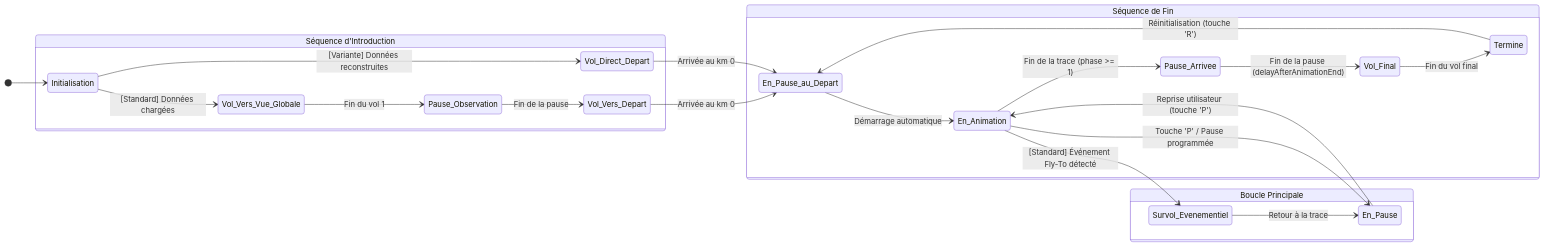
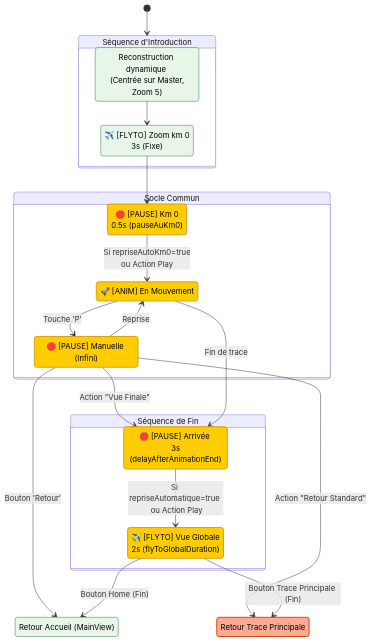
One commit to JMBaubet/VisuGPS changed the second of 2 diagrams in documentation/animation_automate.md. Above: the diagram before and after it, drawn with Mermaid. The commit also changed other lines of this file and 8 other files, not shown here.

````diff
--- a/documentation/animation_automate.md
+++ b/documentation/animation_automate.md
@@ -7,32 +68,48 @@
 ```mermaid
 stateDiagram-v2
-    direction LR
-    [*] --> Initialisation
+    classDef common fill:#ffcc00,stroke:#d4a017,stroke-width:2px,color:black;
+    classDef variant fill:#e8f5e9,stroke:#2e7d32,color:black;
+    classDef bridge fill:#ffab91,stroke:#d84315,stroke-width:2px,color:black;
 
-    state "Séquence d'Introduction" as Intro {
-        direction TB
-        Initialisation --> Vol_Vers_Vue_Globale: [Standard] Données chargées
-        Vol_Vers_Vue_Globale --> Pause_Observation: Fin du vol 1
-        Pause_Observation --> Vol_Vers_Depart: Fin de la pause
-        Vol_Vers_Depart --> En_Pause_au_Depart: Arrivée au km 0
-
-        Initialisation --> Vol_Direct_Depart: [Variante] Données reconstruites
-        Vol_Direct_Depart --> En_Pause_au_Depart: Arrivée au km 0
+    state "Séquence d'Introduction" as IntroVAR {
+        Init_VAR: Reconstruction dynamique <br/> (Centrée sur Master, Zoom 5)
+        Vol_Direct: ✈️ [FLYTO] Zoom km 0 <br/> 3s (Fixe)
+        
+        Init_VAR --> Vol_Direct
     }
 
-    state "Boucle Principale" as MainLoop {
-        direction TB
-        En_Pause_au_Depart --> En_Animation: Démarrage automatique
-        En_Animation --> En_Pause: Touche 'P' / Pause programmée
-        En_Pause --> En_Animation: Reprise utilisateur (touche 'P')
-        En_Animation --> Survol_Evenementiel: [Standard] Événement Fly-To détecté
-        Survol_Evenementiel --> En_Pause: Retour à la trace
+    state "Socle Commun" as CommonVAR {
+        Km0_V: 🛑 [PAUSE] Km 0 <br/> 0.5s (pauseAuKm0)
+        Anim_V: 🚀 [ANIM] En Mouvement
+        Pause_V: 🛑 [PAUSE] Manuelle (Infini)
+        
+        Km0_V --> Anim_V: Si repriseAutoKm0=true <br/> ou Action Play
+        Anim_V --> Pause_V: Touche 'P'
+        Pause_V --> Anim_V: Reprise
+        Pause_V --> Arrivee_V: Action "Vue Finale"
     }
 
-    state "Séquence de Fin" as EndSequence {
-        En_Animation --> Pause_Arrivee: Fin de la trace (phase >= 1)
-        Pause_Arrivee --> Vol_Final: Fin de la pause (delayAfterAnimationEnd)
-        Vol_Final --> Termine: Fin du vol final
-        Termine --> En_Pause_au_Depart: Réinitialisation (touche 'R')
+    state "Séquence de Fin" as EndVAR {
+        Arrivee_V: 🛑 [PAUSE] Arrivée <br/> 3s (delayAfterAnimationEnd)
+        Vol_Final_V: ✈️ [FLYTO] Vue Globale <br/> 2s (flyToGlobalDuration)
+        
+        Arrivee_V --> Vol_Final_V: Si repriseAutomatique=true <br/> ou Action Play
     }
+
+    GoHome_V: Retour Accueil (MainView)
+    ToStandard: Retour Trace Principale
+
+    [*] --> IntroVAR
+    Vol_Direct --> Km0_V
+    Anim_V --> Arrivee_V: Fin de trace
+    
+    %% Direct Transitions & Passerelles
+    Pause_V --> ToStandard: Action "Retour Standard"
+    Pause_V --> GoHome_V: Bouton 'Retour'
+    Vol_Final_V --> GoHome_V: Bouton Home (Fin)
+    Vol_Final_V --> ToStandard: Bouton Trace Principale (Fin)
+
+    class Km0_V,Anim_V,Pause_V,Arrivee_V,Vol_Final_V common
+    class Init_VAR,Vol_Direct,GoHome_V variant
+    class ToStandard bridge
 ```
````
